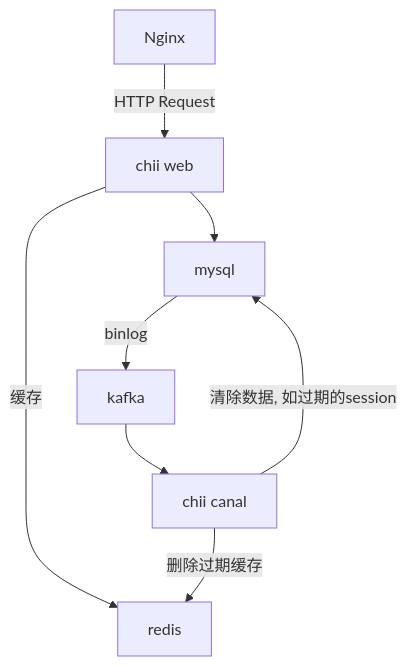
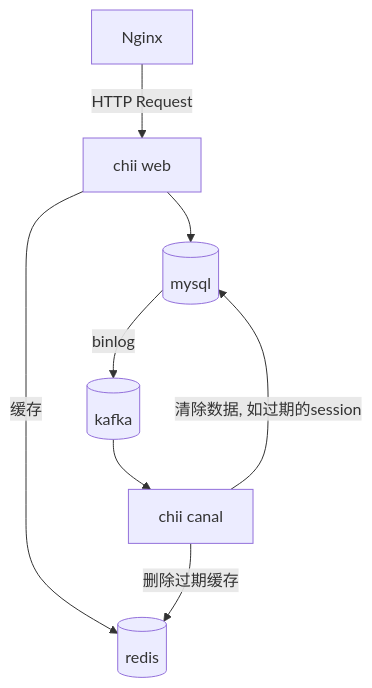
One commit to bangumi/server changed the diagram in readme.md. Above: the diagram before and after it, drawn with Mermaid.

````diff
--- a/readme.md
+++ b/readme.md
@@ -65,9 +65,9 @@
 ```mermaid
 graph TD
     Nginx -->|HTTP Request| B[chii web]
-    mysql --> |binlog| kafka --> C[chii canal]
+    mysql[(mysql)] --> |binlog| kafka[(kafka)] --> C[chii canal]
     B --> mysql
-    B --> |缓存|redis
+    B --> |缓存|redis[(redis)]
     C --> |删除过期缓存| redis
     C --> |清除数据, 如过期的session| mysql
 ```
````
